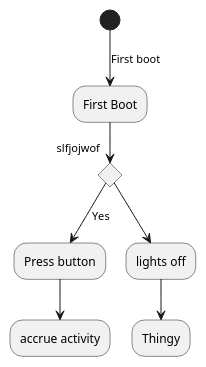
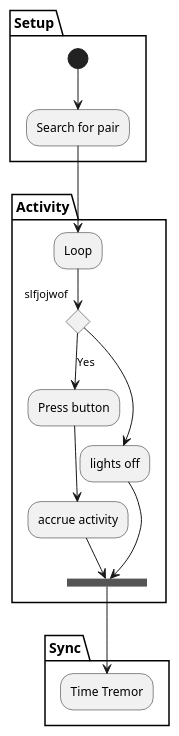
The diagram in infinityband.pu (MGDS-PET/UML-Diagrams), drawn with PlantUML before and after one commit.

Commit message:
basic flow of infinityband

```diff
--- a/infinityband.pu
+++ b/infinityband.pu
@@ -1,17 +1,28 @@
 @startuml
 
 skinparam monochrome true
 
-(*) --> [First boot] "First Boot"
+
+partition Setup {
+    (*) --> "Search for pair"
+}
+
+partition Activity {
+"Search for pair" --> Loop
+
 If "slfjojwof"
 -->[Yes] "Press button"
 --> "accrue activity"
+--> === S1 ===
 else
 --> "lights off"
 Endif
 
+--> === S1 ===
+}
 
-
---> Thingy
+partition Sync {
+=== S1 === --> "Time Tremor"
+}
 
 @enduml
```
